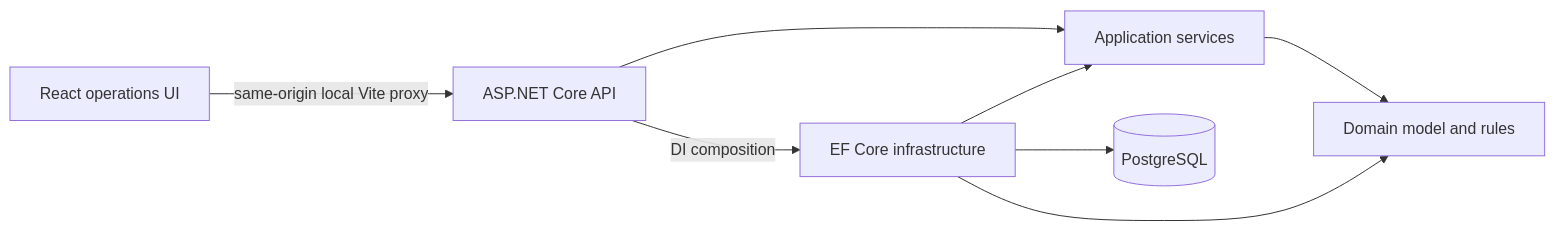
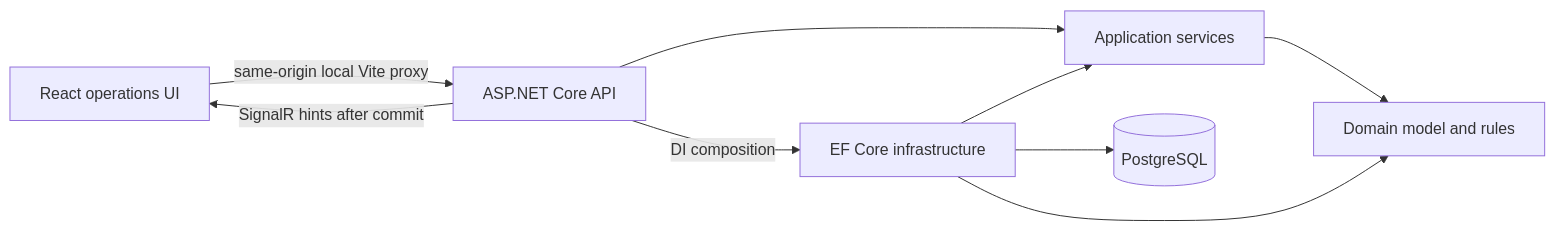
Before and after one commit to TobyTheRoyal/fleetflow: the first of 3 diagrams in README.md, drawn with Mermaid. The commit also changed other lines of this file and 37 other files, not shown here.

````diff
--- a/README.md
+++ b/README.md
@@ -62,10 +64,11 @@
 ```mermaid
 flowchart LR
     Browser[React operations UI] -->|same-origin local Vite proxy| API[ASP.NET Core API]
+    API -->|SignalR hints after commit| Browser
     API --> Application[Application services]
     Application --> Domain[Domain model and rules]
     API -->|DI composition| Infrastructure[EF Core infrastructure]
     Infrastructure --> Application
     Infrastructure --> Domain
     Infrastructure --> DB[(PostgreSQL)]
 ```
````
